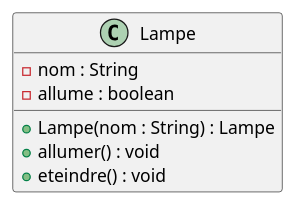
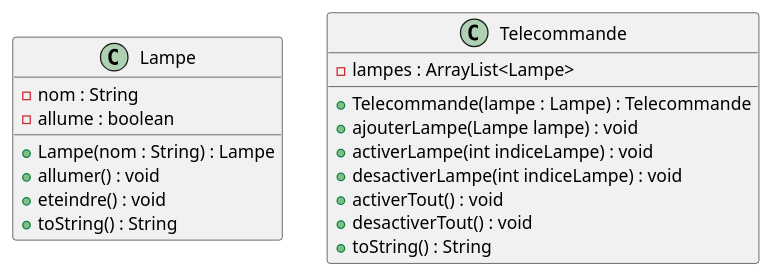
Before and after one commit to Zhi-Sheng-Trieu/2022_coo_domotique_Noel_Trieu: the diagram in schema.puml, drawn with PlantUML. The commit also changed 1 other file, not shown here.

```diff
--- a/schema.puml
+++ b/schema.puml
@@ -1,11 +1,23 @@
 @startuml
 
 class Lampe{
     -nom : String
     -allume : boolean
     +Lampe(nom : String) : Lampe
     +allumer() : void
     +eteindre() : void
+    +toString() : String
+}
+
+class Telecommande{
+    -lampes : ArrayList<Lampe>
+    +Telecommande(lampe : Lampe) : Telecommande
+    +ajouterLampe(Lampe lampe) : void
+    +activerLampe(int indiceLampe) : void
+    +desactiverLampe(int indiceLampe) : void
+    +activerTout() : void
+    +desactiverTout() : void
+    +toString() : String
 }
 
 @enduml
```
